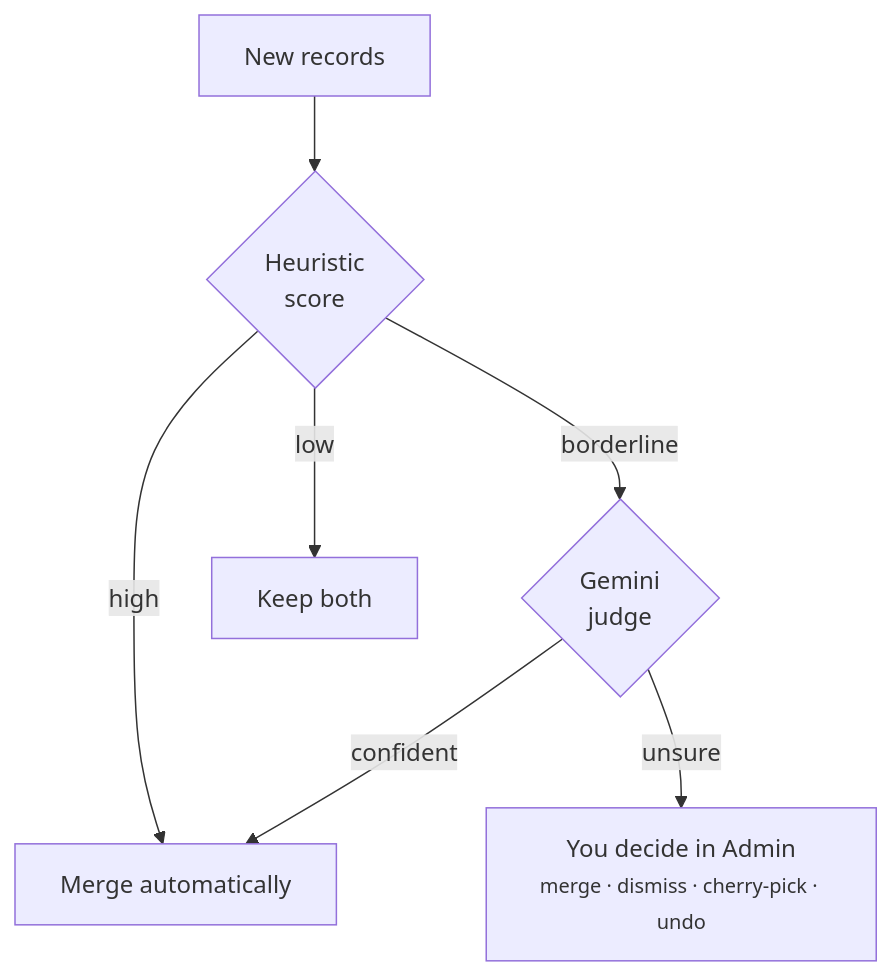
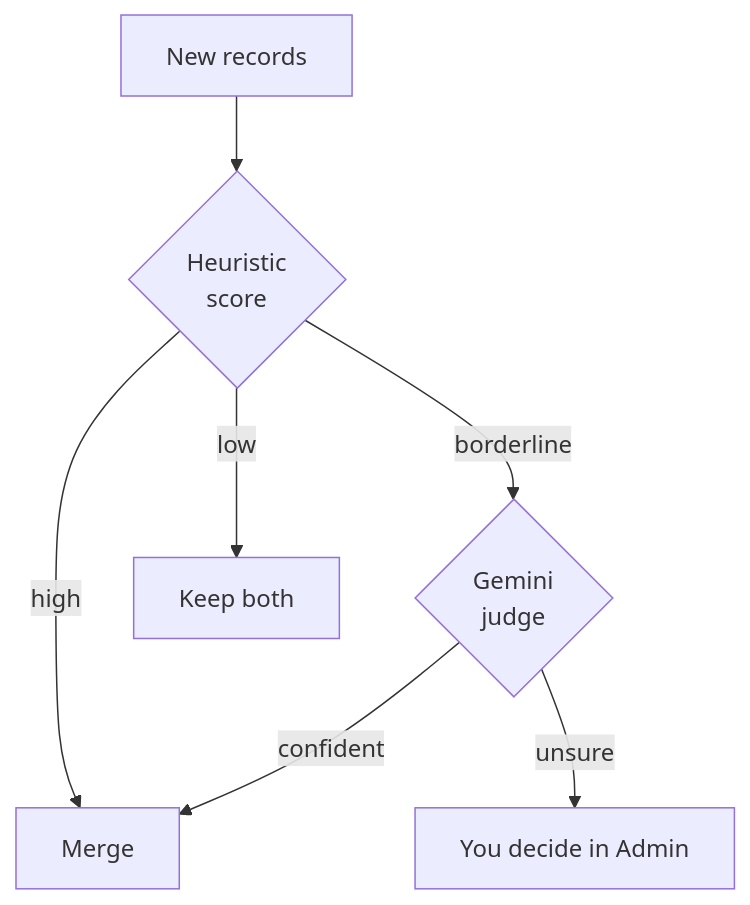
One commit to potalora/strand changed the second of 3 diagrams in README.md. Above: the diagram before and after it, drawn with Mermaid. The commit also changed other lines of this file and 11 other files, not shown here.

````diff
--- a/README.md
+++ b/README.md
@@ -24,9 +99,9 @@
 ```mermaid
 flowchart TD
     N["New records"] --> H{"Heuristic<br/>score"}
-    H -->|high| M["Merge automatically"]
+    H -->|high| M["Merge"]
     H -->|borderline| J{"Gemini<br/>judge"}
     H -->|low| K["Keep both"]
     J -->|confident| M
-    J -->|unsure| R["You decide in Admin<br/><small>merge · dismiss · cherry-pick · undo</small>"]
+    J -->|unsure| R["You decide in Admin"]
 ```
````
